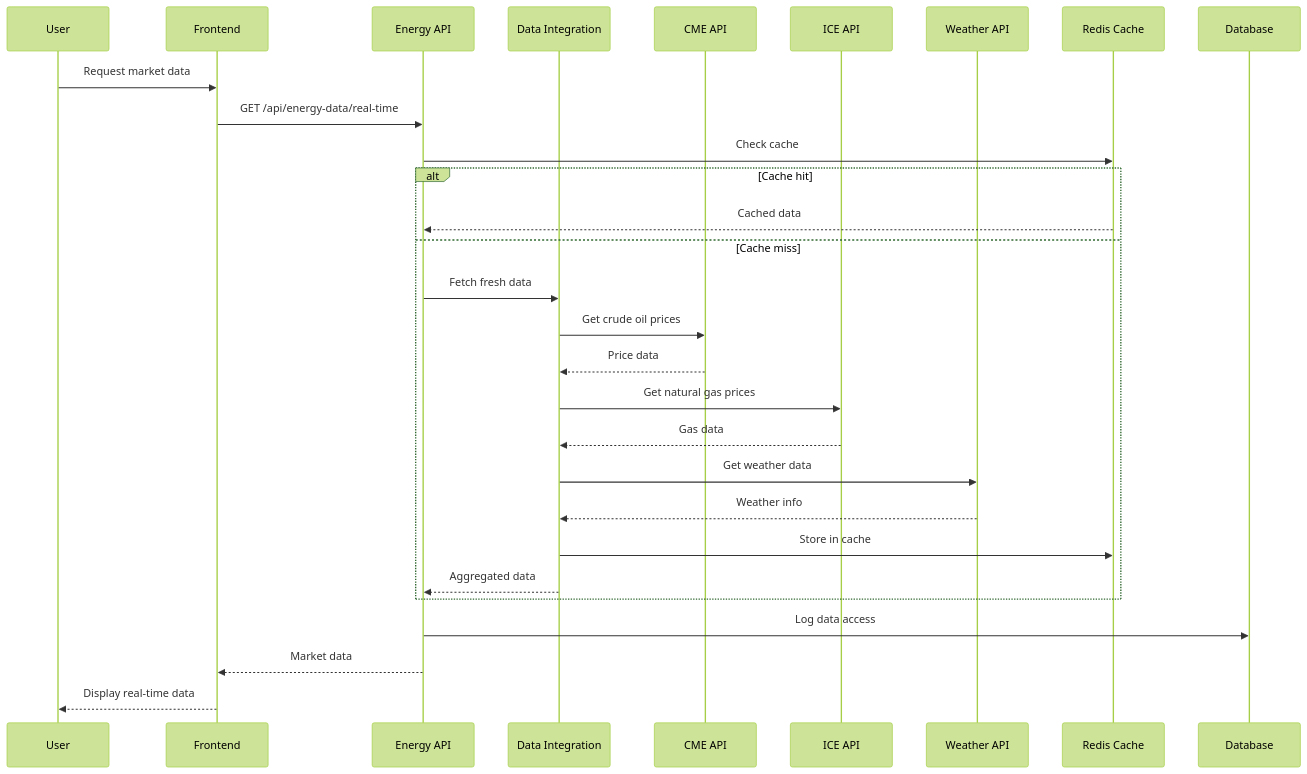
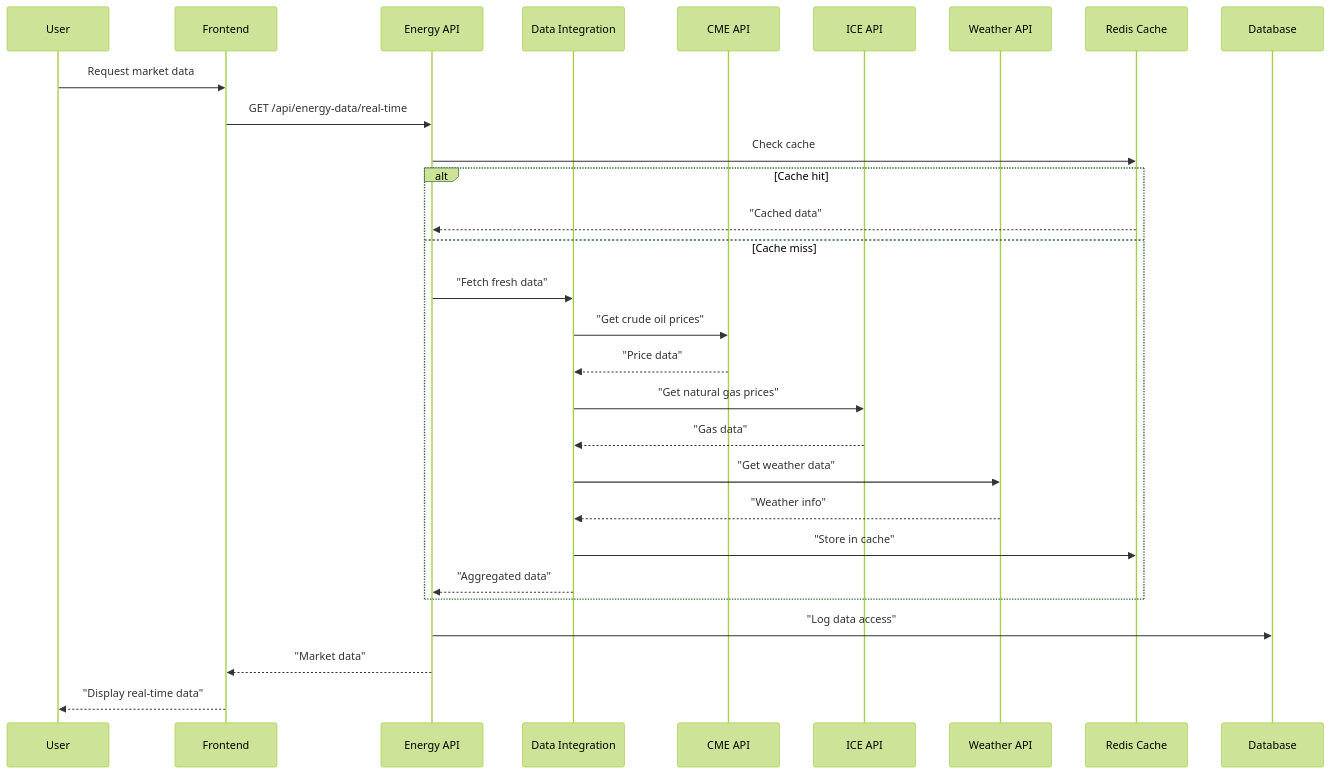
Before and after one commit to akramahmed1/QuantaEnergi: the fourth of 8 diagrams in docs/architecture/sequence-diagrams.md, drawn with Mermaid (forest theme). The commit also changed other lines of this file and 6 other files, not shown here.

Commit message:
mermaid fixes compatibility

````diff
--- a/docs/architecture/sequence-diagrams.md
+++ b/docs/architecture/sequence-diagrams.md
@@ -86,32 +86,32 @@
 ```mermaid
 sequenceDiagram
     participant U as User
     participant F as Frontend
     participant API as Energy API
     participant DI as Data Integration
     participant CME as CME API
     participant ICE as ICE API
     participant Weather as Weather API
     participant Cache as Redis Cache
     participant DB as Database
 
     U->>F: Request market data
     F->>API: GET /api/energy-data/real-time
     API->>Cache: Check cache
     alt Cache hit
-        Cache-->>API: Cached data
+        Cache-->>API: "Cached data"
     else Cache miss
-        API->>DI: Fetch fresh data
-        DI->>CME: Get crude oil prices
-        CME-->>DI: Price data
-        DI->>ICE: Get natural gas prices
-        ICE-->>DI: Gas data
-        DI->>Weather: Get weather data
-        Weather-->>DI: Weather info
-        DI->>Cache: Store in cache
-        DI-->>API: Aggregated data
+        API->>DI: "Fetch fresh data"
+        DI->>CME: "Get crude oil prices"
+        CME-->>DI: "Price data"
+        DI->>ICE: "Get natural gas prices"
+        ICE-->>DI: "Gas data"
+        DI->>Weather: "Get weather data"
+        Weather-->>DI: "Weather info"
+        DI->>Cache: "Store in cache"
+        DI-->>API: "Aggregated data"
     end
-    API->>DB: Log data access
-    API-->>F: Market data
-    F-->>U: Display real-time data
+    API->>DB: "Log data access"
+    API-->>F: "Market data"
+    F-->>U: "Display real-time data"
 ```
````
